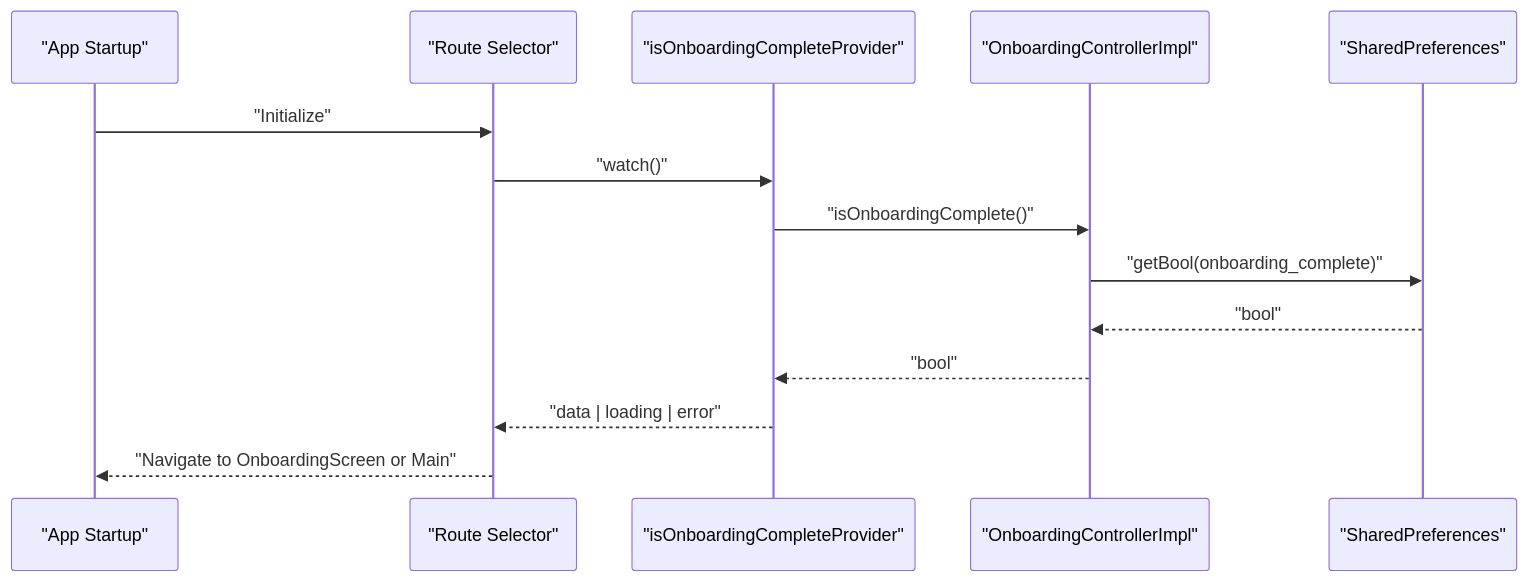
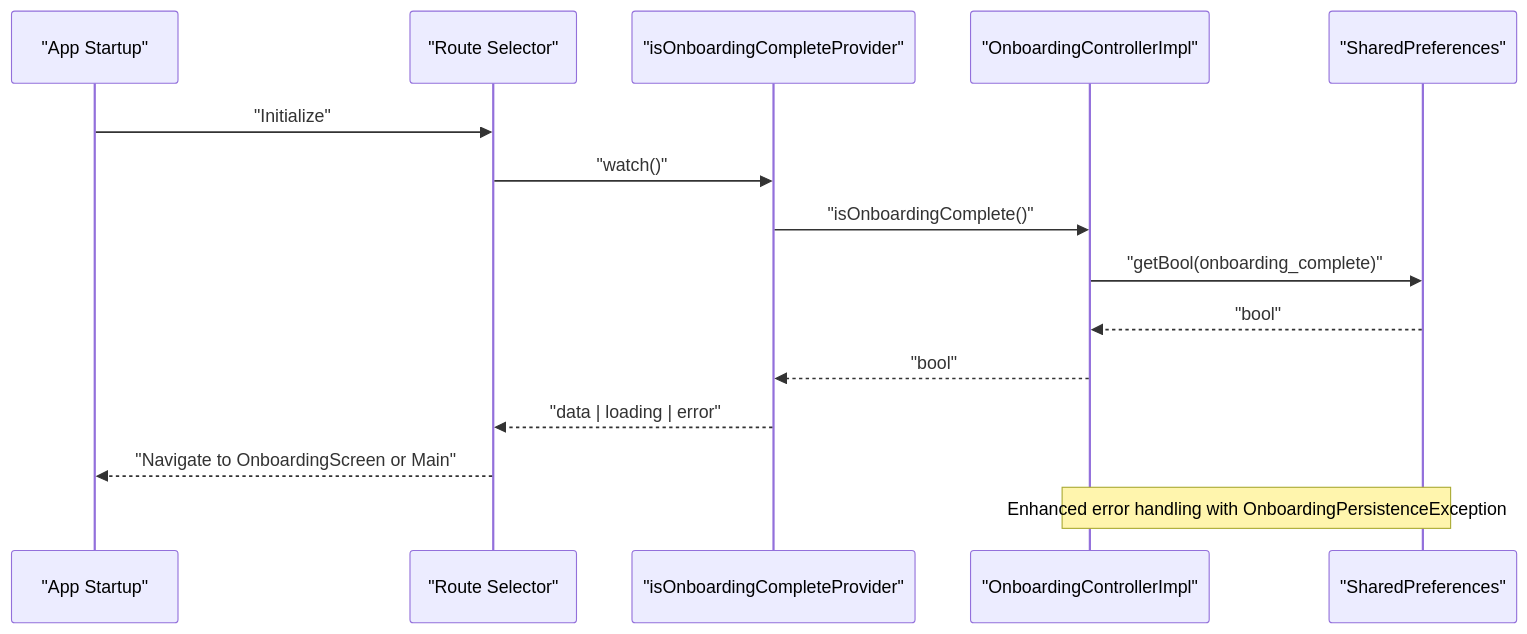
One commit to JAaron93/StyleSync changed the second of 8 diagrams in .qoder/repowiki/en/content/Core Services/Onboarding Controller.md. Above: the diagram before and after it, drawn with Mermaid. The commit also changed other lines of this file and 36 other files, not shown here.

````diff
--- a/.qoder/repowiki/en/content/Core Services/Onboarding Controller.md
+++ b/.qoder/repowiki/en/content/Core Services/Onboarding Controller.md
@@ -123,16 +148,17 @@
 ```mermaid
 sequenceDiagram
 participant App as "App Startup"
 participant Route as "Route Selector"
 participant FProv as "isOnboardingCompleteProvider"
 participant Ctrl as "OnboardingControllerImpl"
 participant Pref as "SharedPreferences"
 App->>Route : "Initialize"
 Route->>FProv : "watch()"
 FProv->>Ctrl : "isOnboardingComplete()"
 Ctrl->>Pref : "getBool(onboarding_complete)"
 Pref-->>Ctrl : "bool"
 Ctrl-->>FProv : "bool"
 FProv-->>Route : "data | loading | error"
 Route-->>App : "Navigate to OnboardingScreen or Main"
+Note over Ctrl,Pref : Enhanced error handling with OnboardingPersistenceException
 ```
````
